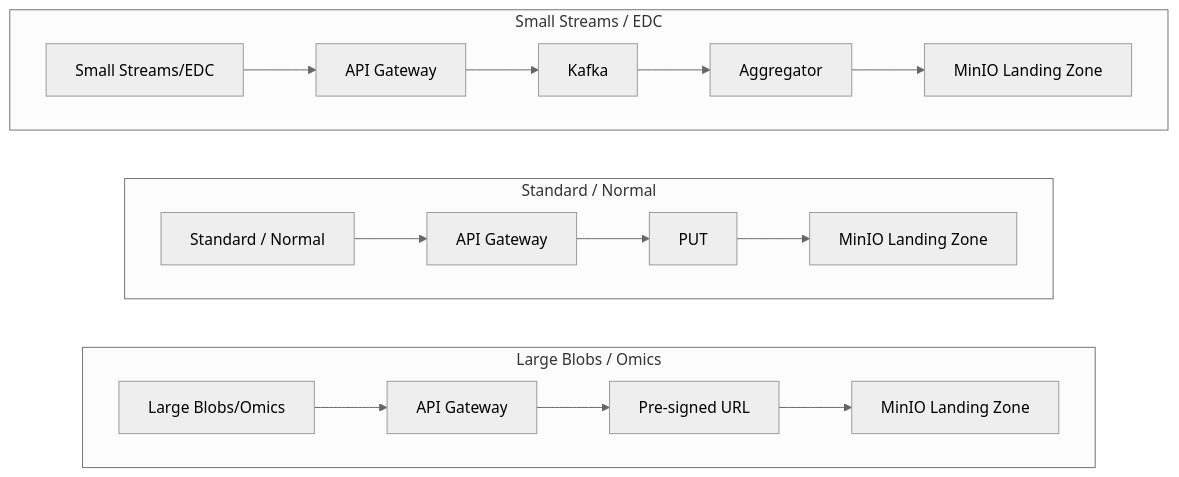
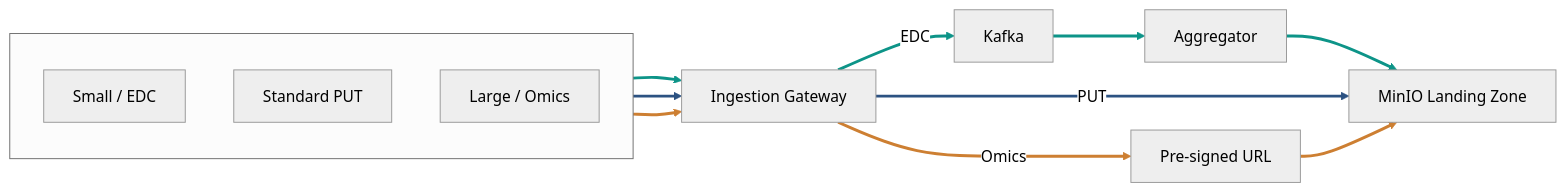
The diagram in docs/data_ingestion_bronze_layer.md (PedroMTQ/data_architecture_blueprint), drawn with Mermaid (neutral theme) before and after one commit. The commit also changed 15 other files, not shown here.

````diff
--- a/docs/data_ingestion_bronze_layer.md
+++ b/docs/data_ingestion_bronze_layer.md
@@ -66,17 +66,33 @@
 ```mermaid
-flowchart TB
-    subgraph smallStreams [Small Streams / EDC]
-        direction LR
-        SEDC[Small Streams/EDC] --> GW1[API Gateway] --> Kafka[Kafka] --> Agg[Aggregator] --> LZ1[MinIO Landing Zone]
-    end
-    subgraph standardPayload [Standard / Normal]
-        direction LR
-        STD["Standard / Normal"] --> GW2[API Gateway] --> PUT[PUT] --> LZ2[MinIO Landing Zone]
-    end
-    subgraph largeBlobs [Large Blobs / Omics]
-        direction LR
-        OMICS[Large Blobs/Omics] --> GW3[API Gateway] --> Presign[Pre-signed URL] --> LZ3[MinIO Landing Zone]
-    end
-    smallStreams ~~~ standardPayload
-    standardPayload ~~~ largeBlobs
+flowchart LR
+  subgraph sources[" "]
+    direction TB
+    EDC[Small / EDC]
+    STD[Standard PUT]
+    OMICS[Large / Omics]
+  end
+
+  GW[Ingestion Gateway]
+
+  K[Kafka]
+  Agg[Aggregator]
+  PS[Pre-signed URL]
+  LZ[MinIO Landing Zone]
+
+  EDC --> GW
+  STD --> GW
+  OMICS --> GW
+
+  GW -->|EDC| K
+  K --> Agg
+  Agg --> LZ
+
+  GW -->|PUT| LZ
+
+  GW -->|Omics| PS
+  PS --> LZ
+
+  linkStyle 0,3,4,5 stroke:#0d9488,stroke-width:3px
+  linkStyle 1,6 stroke:#2c5282,stroke-width:3px
+  linkStyle 2,7,8 stroke:#cd7f32,stroke-width:3px
 ```
````
